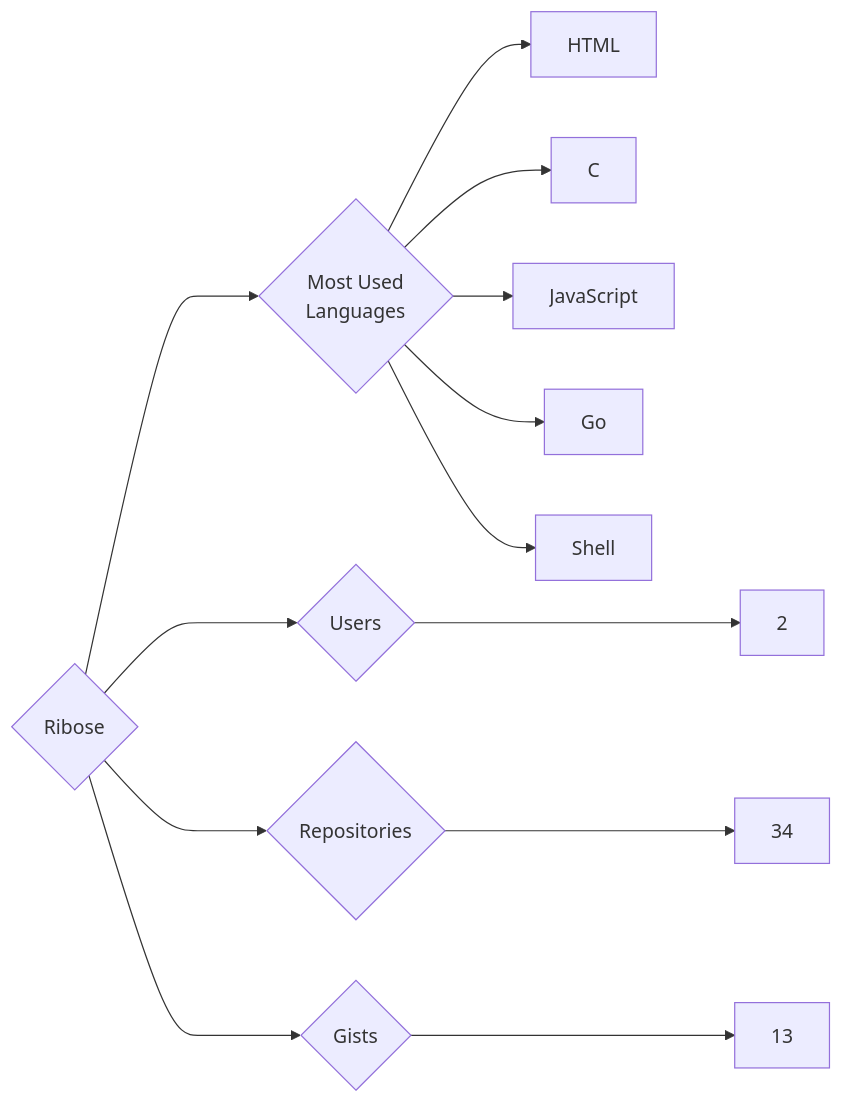
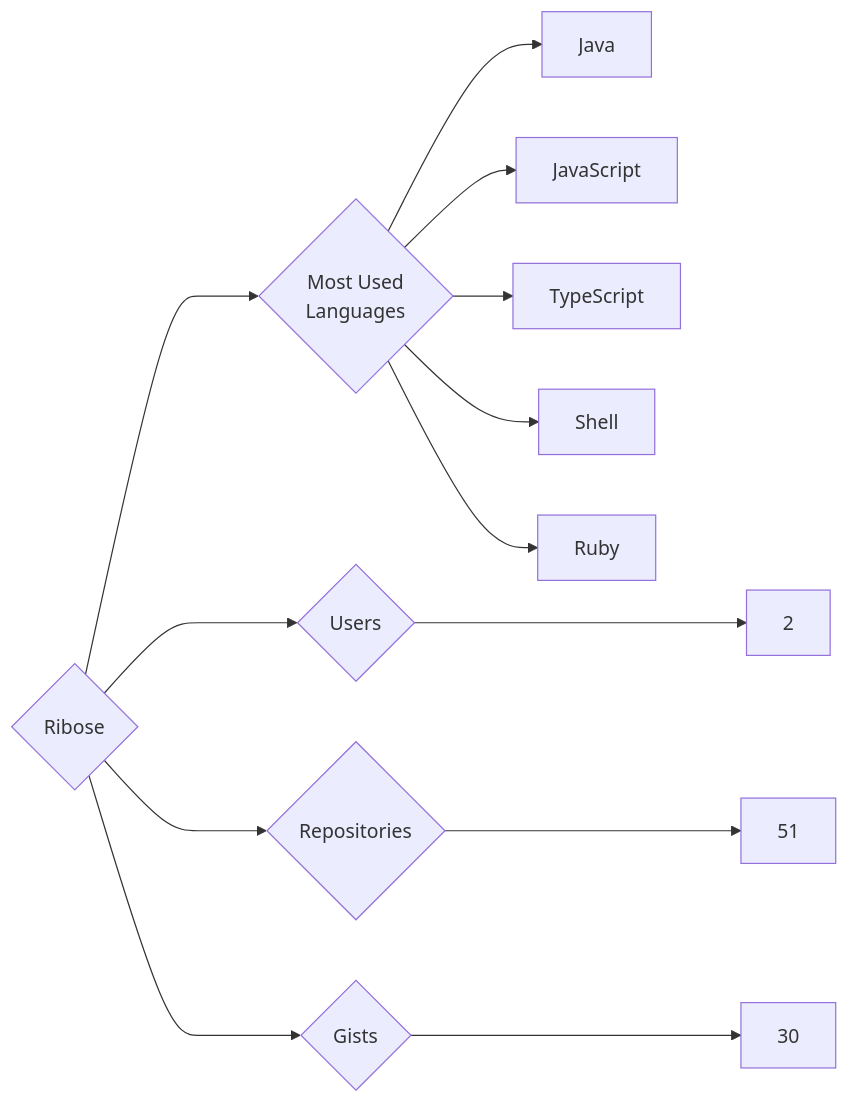
The diagram in targets/Ribose/README.md (trickest/insiders), drawn with Mermaid before and after one commit. The commit also changed 1011 other files, not shown here.

````diff
--- a/targets/Ribose/README.md
+++ b/targets/Ribose/README.md
@@ -3,13 +3,13 @@
 ```mermaid
 graph LR
 COMPANY_NAME{Ribose}
 COMPANY_NAME ---> U{Users} ---> UN[2]
-COMPANY_NAME ---> R{Repositories} ---> RN[34]
-COMPANY_NAME ---> G{Gists} ---> GN[13]
+COMPANY_NAME ---> R{Repositories} ---> RN[51]
+COMPANY_NAME ---> G{Gists} ---> GN[30]
 COMPANY_NAME ---> ML{Most Used<br>Languages}
-ML --> HTML[HTML]
-ML --> C[C]
+ML --> Java[Java]
 ML --> JavaScript[JavaScript]
-ML --> Go[Go]
+ML --> TypeScript[TypeScript]
 ML --> Shell[Shell]
+ML --> Ruby[Ruby]
 ```
````
